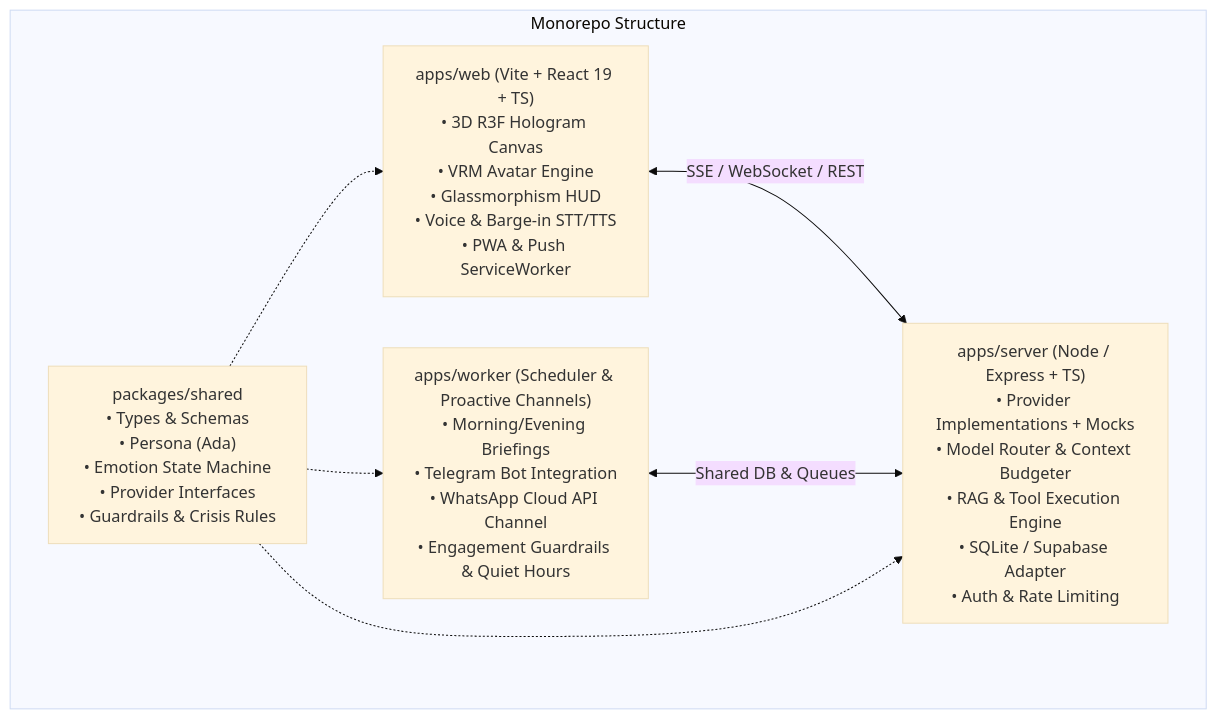
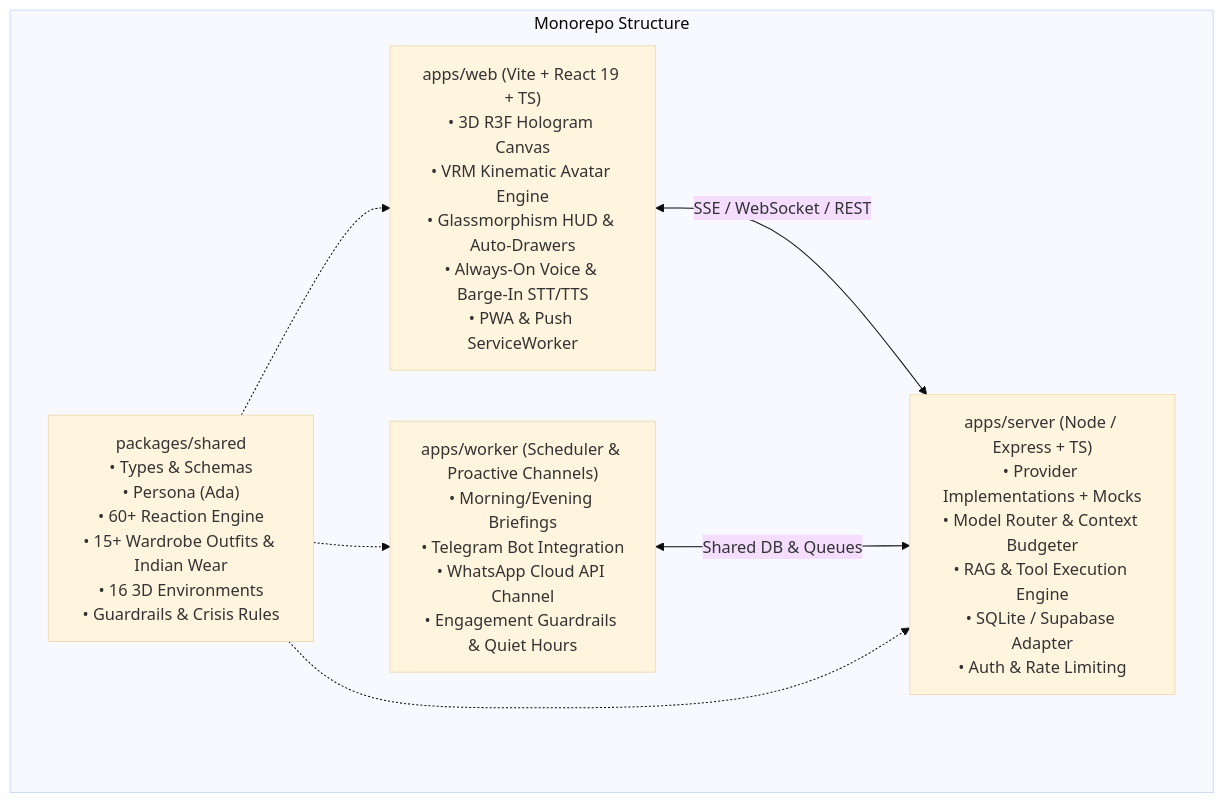
Before and after one commit to priyanrajj-hub/GF-AI: the diagram in README.md, drawn with Mermaid (base theme). The commit also changed other lines of this file and 36 other files, not shown here.

Commit message:
feat(round-6-7): visual quality pass, 60+ reactions, wardrobe system, always-on voice, 16 environments, and 60/60 evals

````diff
--- a/README.md
+++ b/README.md
@@ -17,15 +17,15 @@
 ```mermaid
 flowchart TB
     subgraph Monorepo["Monorepo Structure"]
-        Shared["packages/shared<br/>• Types & Schemas<br/>• Persona (Ada)<br/>• Emotion State Machine<br/>• Provider Interfaces<br/>• Guardrails & Crisis Rules"]
-        Web["apps/web (Vite + React 19 + TS)<br/>• 3D R3F Hologram Canvas<br/>• VRM Avatar Engine<br/>• Glassmorphism HUD<br/>• Voice & Barge-in STT/TTS<br/>• PWA & Push ServiceWorker"]
+        Shared["packages/shared<br/>• Types & Schemas<br/>• Persona (Ada)<br/>• 60+ Reaction Engine<br/>• 15+ Wardrobe Outfits & Indian Wear<br/>• 16 3D Environments<br/>• Guardrails & Crisis Rules"]
+        Web["apps/web (Vite + React 19 + TS)<br/>• 3D R3F Hologram Canvas<br/>• VRM Kinematic Avatar Engine<br/>• Glassmorphism HUD & Auto-Drawers<br/>• Always-On Voice & Barge-In STT/TTS<br/>• PWA & Push ServiceWorker"]
         Server["apps/server (Node / Express + TS)<br/>• Provider Implementations + Mocks<br/>• Model Router & Context Budgeter<br/>• RAG & Tool Execution Engine<br/>• SQLite / Supabase Adapter<br/>• Auth & Rate Limiting"]
         Worker["apps/worker (Scheduler & Proactive Channels)<br/>• Morning/Evening Briefings<br/>• Telegram Bot Integration<br/>• WhatsApp Cloud API Channel<br/>• Engagement Guardrails & Quiet Hours"]
     end
 
     Web <-->|"SSE / WebSocket / REST"| Server
     Worker <-->|"Shared DB & Queues"| Server
     Shared -.-> Web
     Shared -.-> Server
     Shared -.-> Worker
 ```
````
